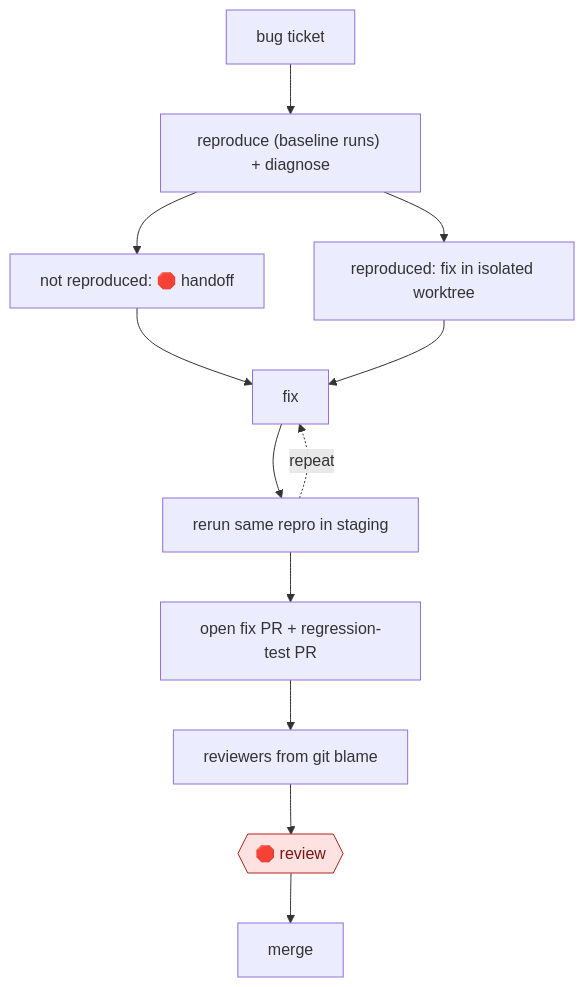
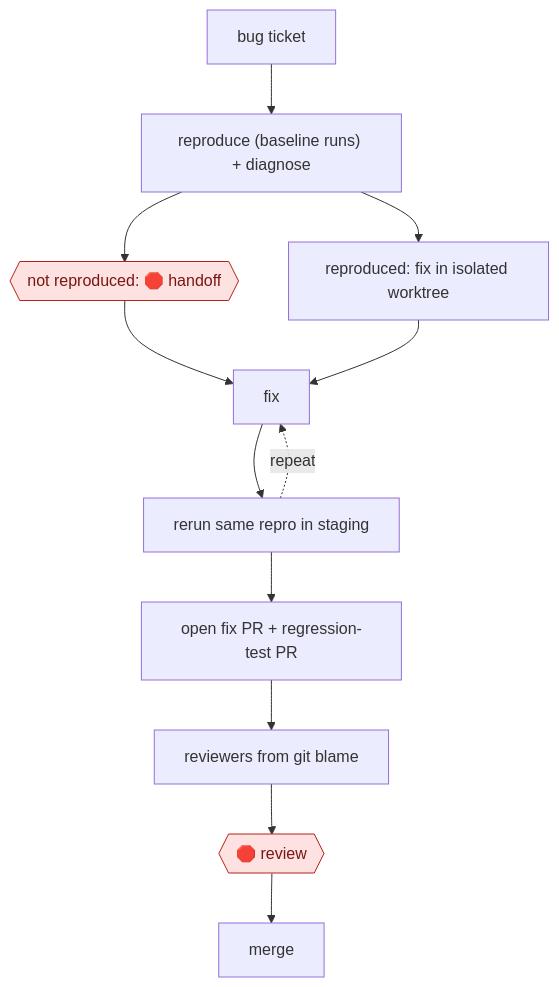
One commit to milesradford99/agent-workflow-atlas changed the diagram in workflows/TEC/SWE/DEBUG/reproduce-first-bug-fix/README.md. Above: the diagram before and after it, drawn with Mermaid. The commit also changed other lines of this file and 171 other files, not shown here.

````diff
--- a/workflows/TEC/SWE/DEBUG/reproduce-first-bug-fix/README.md
+++ b/workflows/TEC/SWE/DEBUG/reproduce-first-bug-fix/README.md
@@ -31,25 +31,25 @@
 ```mermaid
 flowchart TD
   n1["bug ticket"]
   n2["reproduce (baseline runs) + diagnose"]
+  n3{{"not reproduced: 🛑 handoff"}}:::stop
+  n4["reproduced: fix in isolated worktree"]
+  n5["fix"]
+  n6["rerun same repro in staging"]
+  n7["open fix PR + regression-test PR"]
+  n8["reviewers from git blame"]
+  n9{{"🛑 review"}}:::stop
+  n10["merge"]
   n1 --> n2
-  n3["not reproduced: 🛑 handoff"]
   n2 --> n3
-  n4["reproduced: fix in isolated worktree"]
   n2 --> n4
-  n5["fix"]
   n3 --> n5
   n4 --> n5
-  n6["rerun same repro in staging"]
   n5 --> n6
   n6 -.->|repeat| n5
-  n7["open fix PR + regression-test PR"]
   n6 --> n7
-  n8["reviewers from git blame"]
   n7 --> n8
-  n9{{"🛑 review"}}:::stop
   n8 --> n9
-  n10["merge"]
   n9 --> n10
   classDef stop fill:#fde2e1,stroke:#b42318,color:#7a1610
 ```
````
